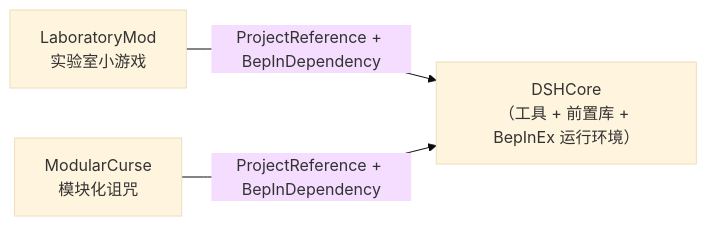
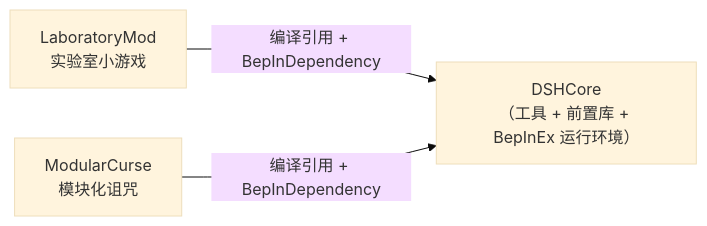
One commit to Alhugh233/MVZ2Mod changed the diagram in DSHCore/README.md. Above: the diagram before and after it, drawn with Mermaid (base theme). The commit also changed other lines of this file and 26 other files, not shown here.

````diff
--- a/DSHCore/README.md
+++ b/DSHCore/README.md
@@ -94,8 +117,8 @@
 ```mermaid
 flowchart LR
     C["DSHCore<br/>（工具 + 前置库 + BepInEx 运行环境）"]
     L["LaboratoryMod<br/>实验室小游戏"]
     M["ModularCurse<br/>模块化诅咒"]
-    L -->|ProjectReference + BepInDependency| C
-    M -->|ProjectReference + BepInDependency| C
+    L -->|编译引用 + BepInDependency| C
+    M -->|编译引用 + BepInDependency| C
 ```
````
